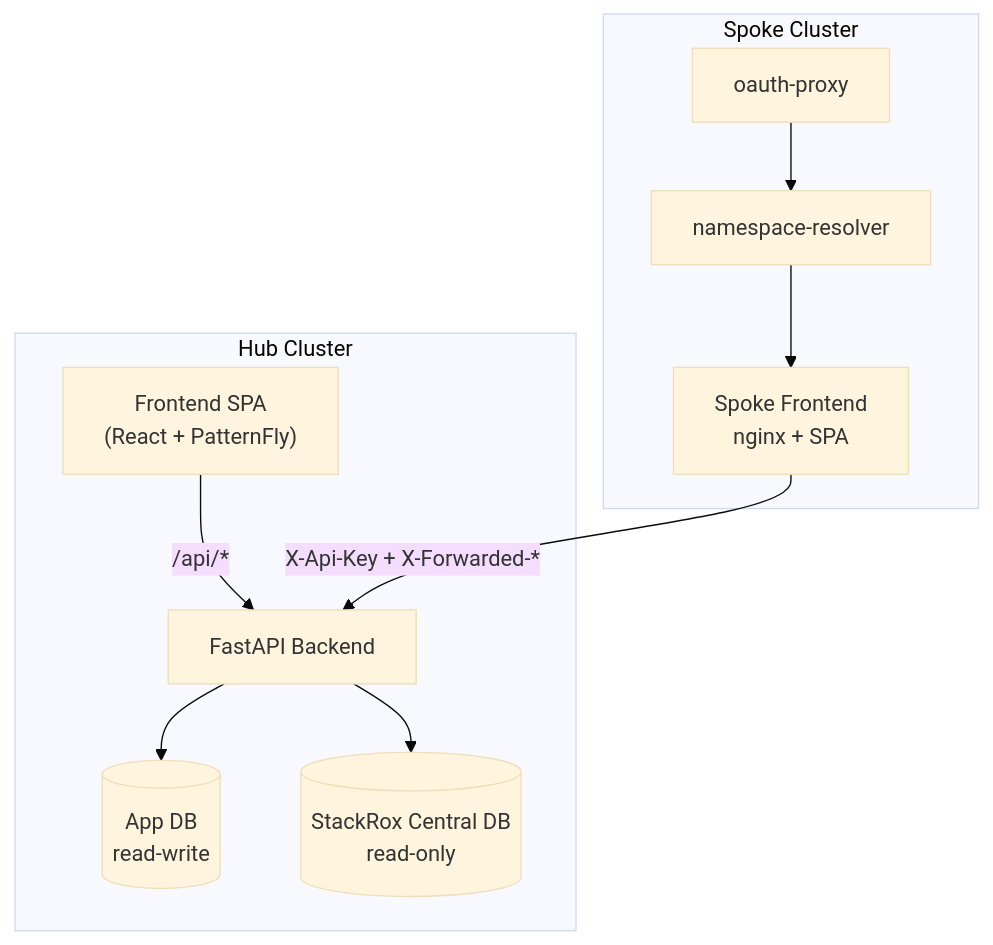
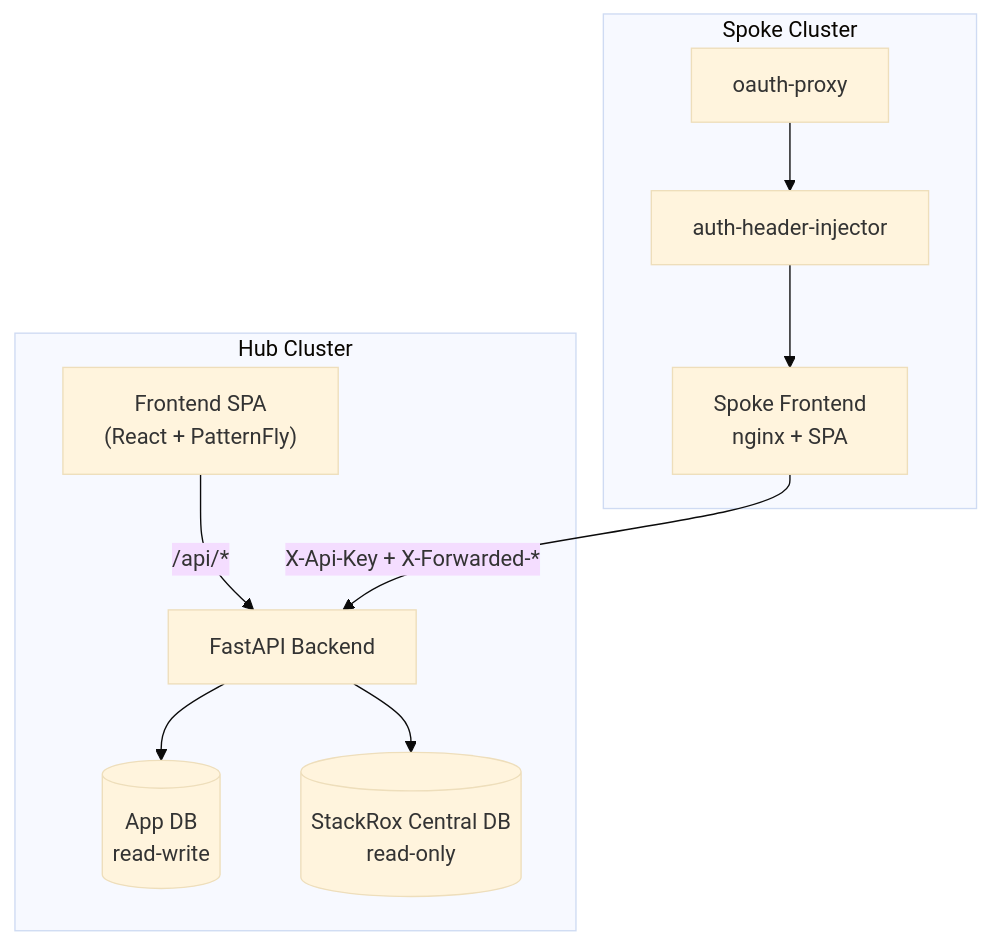
Before and after one commit to dadav/rhacs-manager: the diagram in docs/index.md, drawn with Mermaid (base theme). The commit also changed 23 other files, not shown here.

Commit message:
chore: Renamed namespace-resolver to auth-header-injector

````diff
--- a/docs/index.md
+++ b/docs/index.md
@@ -63,23 +63,23 @@
 ```mermaid
 graph TB
     subgraph "Hub Cluster"
         FE_HUB["Frontend SPA\n(React + PatternFly)"]
         BE["FastAPI Backend"]
         APP_DB[("App DB\nread-write")]
         SX_DB[("StackRox Central DB\nread-only")]
     end
 
     subgraph "Spoke Cluster"
         OAUTH["oauth-proxy"]
-        NR["namespace-resolver"]
+        NR["auth-header-injector"]
         FE_SPOKE["Spoke Frontend\nnginx + SPA"]
     end
 
     FE_HUB -->|"/api/*"| BE
     BE --> APP_DB
     BE --> SX_DB
 
     OAUTH --> NR
     NR --> FE_SPOKE
     FE_SPOKE -->|"X-Api-Key + X-Forwarded-*"| BE
 ```
````
